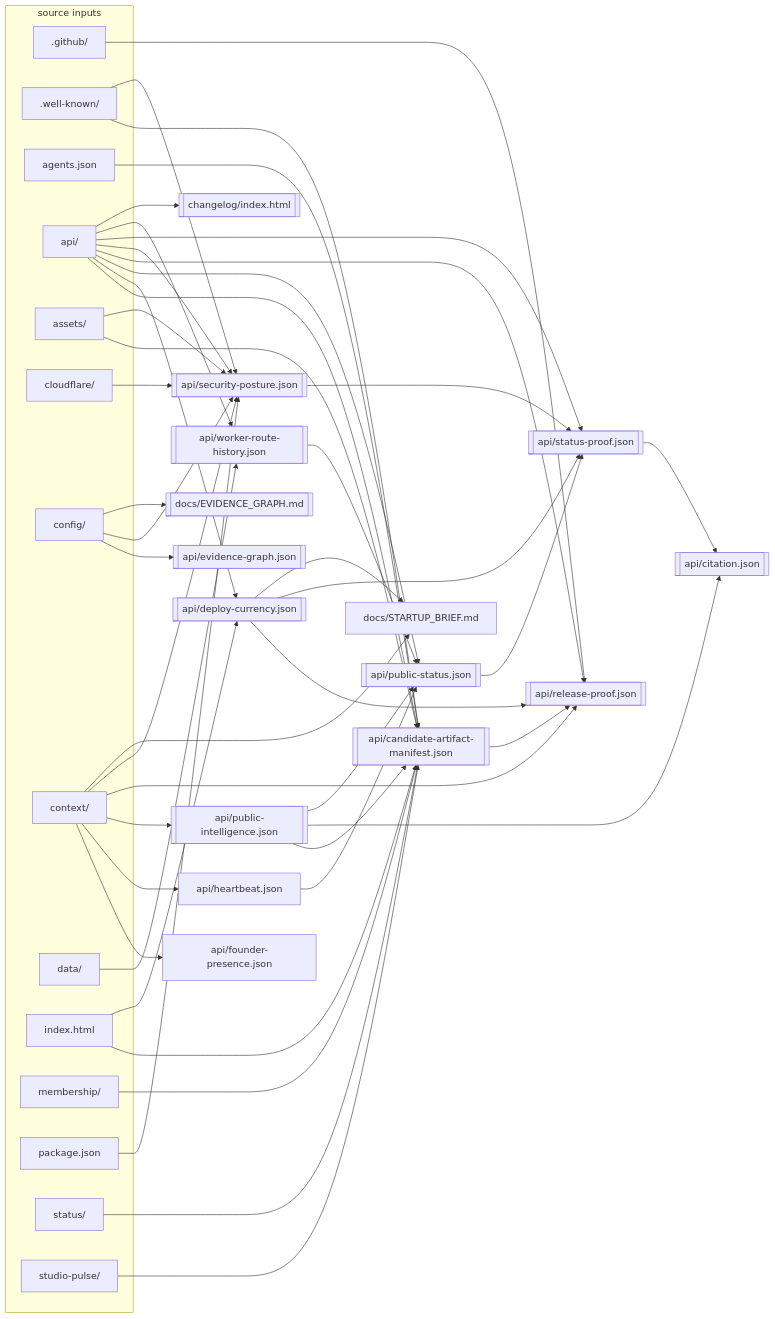
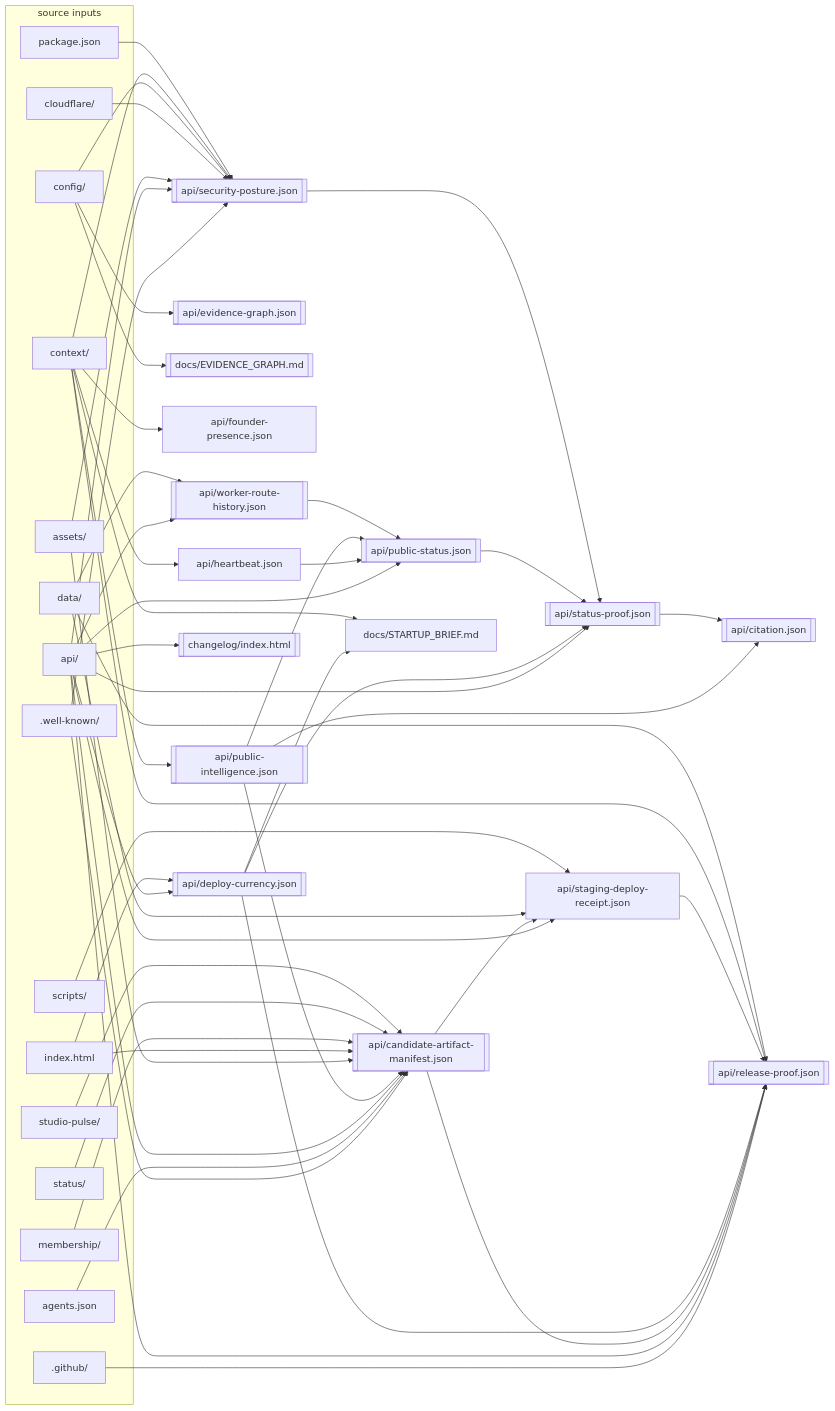
One commit to VaultSparkStudios/VaultSparkStudios.github.io changed the diagram in docs/EVIDENCE_GRAPH.md. Above: the diagram before and after it, drawn with Mermaid. The commit also changed other lines of this file and 91 other files, not shown here.

````diff
--- a/docs/EVIDENCE_GRAPH.md
+++ b/docs/EVIDENCE_GRAPH.md
@@ -42,6 +42,7 @@
     n_index_html["index.html"]
     n_membership_["membership/"]
     n_package_json["package.json"]
+    n_scripts_["scripts/"]
     n_status_["status/"]
     n_studio_pulse_["studio-pulse/"]
   end
@@ -56,6 +57,7 @@
   n_api_public_status_json[["api/public-status.json"]]
   n_api_release_proof_json[["api/release-proof.json"]]
   n_api_security_posture_json[["api/security-posture.json"]]
+  n_api_staging_deploy_receipt_json["api/staging-deploy-receipt.json"]
   n_docs_STARTUP_BRIEF_md["docs/STARTUP_BRIEF.md"]
   n_api_status_proof_json[["api/status-proof.json"]]
   n_api_worker_route_history_json[["api/worker-route-history.json"]]
@@ -69,10 +71,12 @@
   n_api_ --> n_api_public_status_json
   n_api_ --> n_api_release_proof_json
   n_api_ --> n_api_security_posture_json
+  n_api_ --> n_api_staging_deploy_receipt_json
   n_api_ --> n_api_status_proof_json
   n_api_ --> n_api_worker_route_history_json
   n_api_ --> n_changelog_index_html
   n_api_candidate_artifact_manifest_json --> n_api_release_proof_json
+  n_api_candidate_artifact_manifest_json --> n_api_staging_deploy_receipt_json
   n_api_deploy_currency_json --> n_api_release_proof_json
   n_api_deploy_currency_json --> n_api_status_proof_json
   n_api_deploy_currency_json --> n_docs_STARTUP_BRIEF_md
@@ -82,6 +86,7 @@
   n_api_public_intelligence_json --> n_api_public_status_json
   n_api_public_status_json --> n_api_status_proof_json
   n_api_security_posture_json --> n_api_status_proof_json
+  n_api_staging_deploy_receipt_json --> n_api_release_proof_json
   n_api_status_proof_json --> n_api_citation_json
   n_api_worker_route_history_json --> n_api_public_status_json
   n_assets_ --> n_api_candidate_artifact_manifest_json
@@ -96,11 +101,14 @@
   n_context_ --> n_api_release_proof_json
   n_context_ --> n_api_security_posture_json
   n_context_ --> n_docs_STARTUP_BRIEF_md
+  n_data_ --> n_api_release_proof_json
+  n_data_ --> n_api_staging_deploy_receipt_json
   n_data_ --> n_api_worker_route_history_json
   n_index_html --> n_api_candidate_artifact_manifest_json
   n_index_html --> n_api_deploy_currency_json
   n_membership_ --> n_api_candidate_artifact_manifest_json
   n_package_json --> n_api_security_posture_json
+  n_scripts_ --> n_api_staging_deploy_receipt_json
   n_status_ --> n_api_candidate_artifact_manifest_json
   n_studio_pulse_ --> n_api_candidate_artifact_manifest_json
 ```
````
